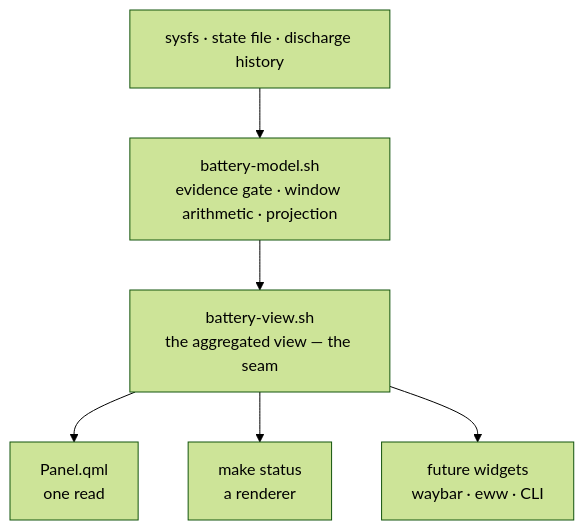
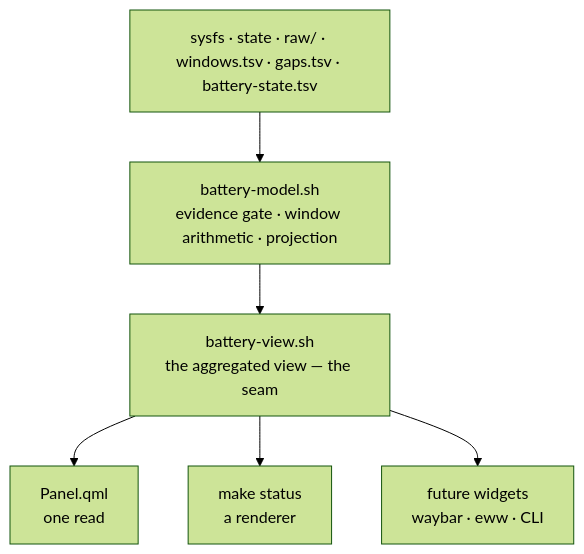
One commit to pradyumnac/omarchy-battery-monitor-plugin changed the first of 3 diagrams in docs/dev/architecture.md. Above: the diagram before and after it, drawn with Mermaid (forest theme). The commit also changed other lines of this file and 12 other files, not shown here.

````diff
--- a/docs/dev/architecture.md
+++ b/docs/dev/architecture.md
@@ -10,8 +10,8 @@
 ```mermaid
 flowchart TD
-    SRC["sysfs · state file · discharge history"] --> CORE["battery-model.sh<br/>evidence gate · window arithmetic · projection"]
+    SRC["sysfs · state · raw/ · windows.tsv · gaps.tsv · battery-state.tsv"] --> CORE["battery-model.sh<br/>evidence gate · window arithmetic · projection"]
     CORE --> VIEW["battery-view.sh<br/>the aggregated view — the seam"]
     VIEW --> PANEL["Panel.qml<br/>one read"]
     VIEW --> STATUS["make status<br/>a renderer"]
     VIEW --> FUTURE["future widgets<br/>waybar · eww · CLI"]
 ```
````
